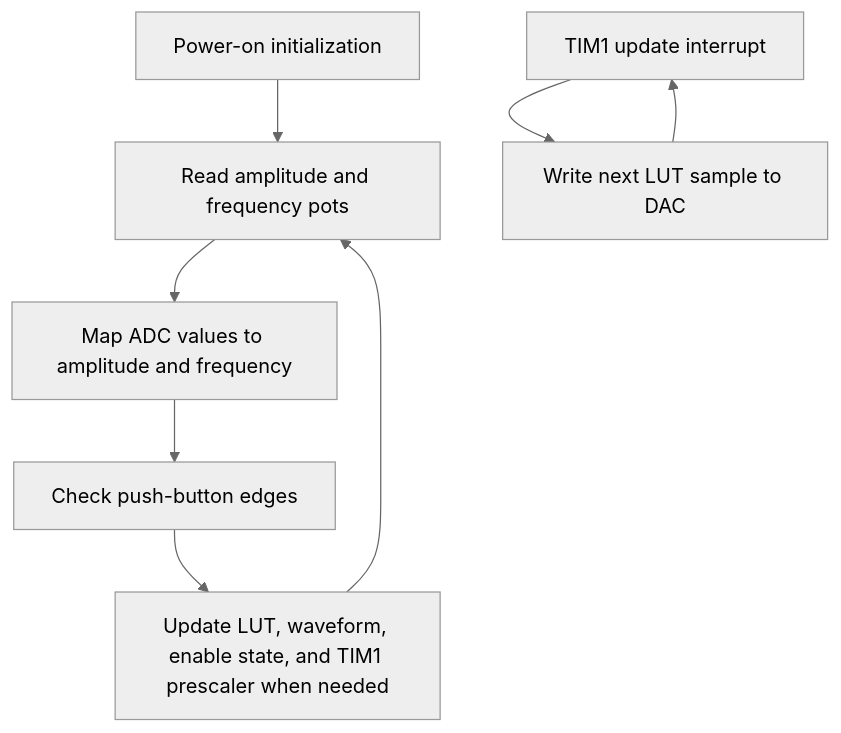
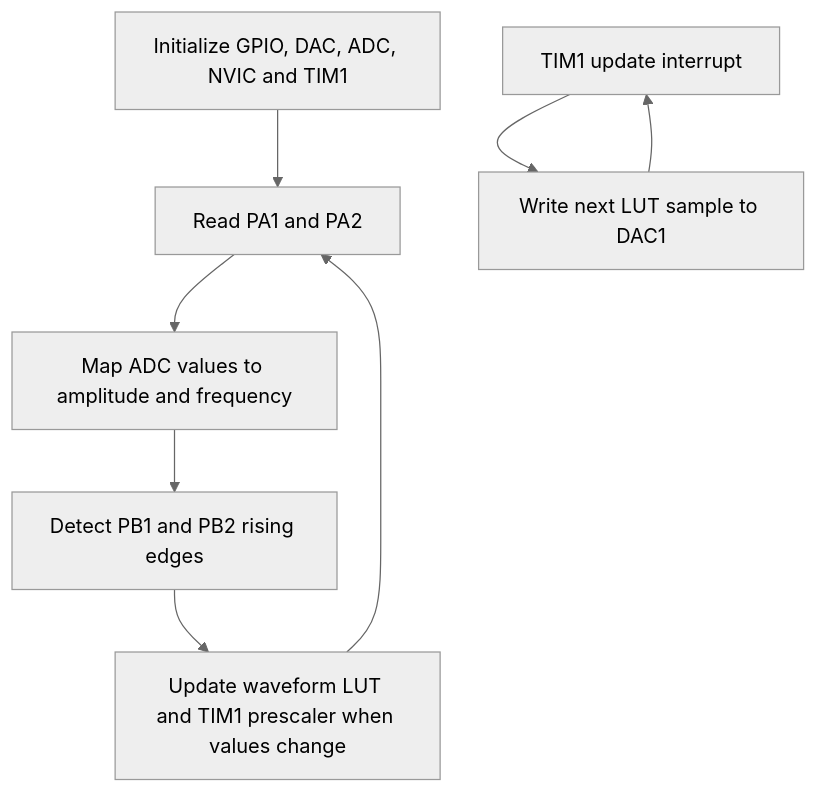
One commit to MusaabTaha/EduScope changed the fifth of 6 diagrams in README.md. Above: the diagram before and after it, drawn with Mermaid (neutral theme). The commit also changed other lines of this file, not shown here.

````diff
--- a/README.md
+++ b/README.md
@@ -278,13 +283,13 @@
 ```mermaid
 flowchart TD
-    START[Power-on initialization]
-    READ[Read amplitude and frequency pots]
+    START[Initialize GPIO, DAC, ADC, NVIC and TIM1]
+    READ[Read PA1 and PA2]
     MAP[Map ADC values to amplitude and frequency]
-    CHECK[Check push-button edges]
-    UPDATE[Update LUT, waveform, enable state, and TIM1 prescaler when needed]
-    TICK[TIM1 update interrupt]
-    SAMPLE[Write next LUT sample to DAC]
+    BUTTONS[Detect PB1 and PB2 rising edges]
+    UPDATE[Update waveform LUT and TIM1 prescaler when values change]
+    IRQ[TIM1 update interrupt]
+    OUTPUT[Write next LUT sample to DAC1]
 
-    START --> READ --> MAP --> CHECK --> UPDATE --> READ
-    TICK --> SAMPLE --> TICK
+    START --> READ --> MAP --> BUTTONS --> UPDATE --> READ
+    IRQ --> OUTPUT --> IRQ
 ```
````
